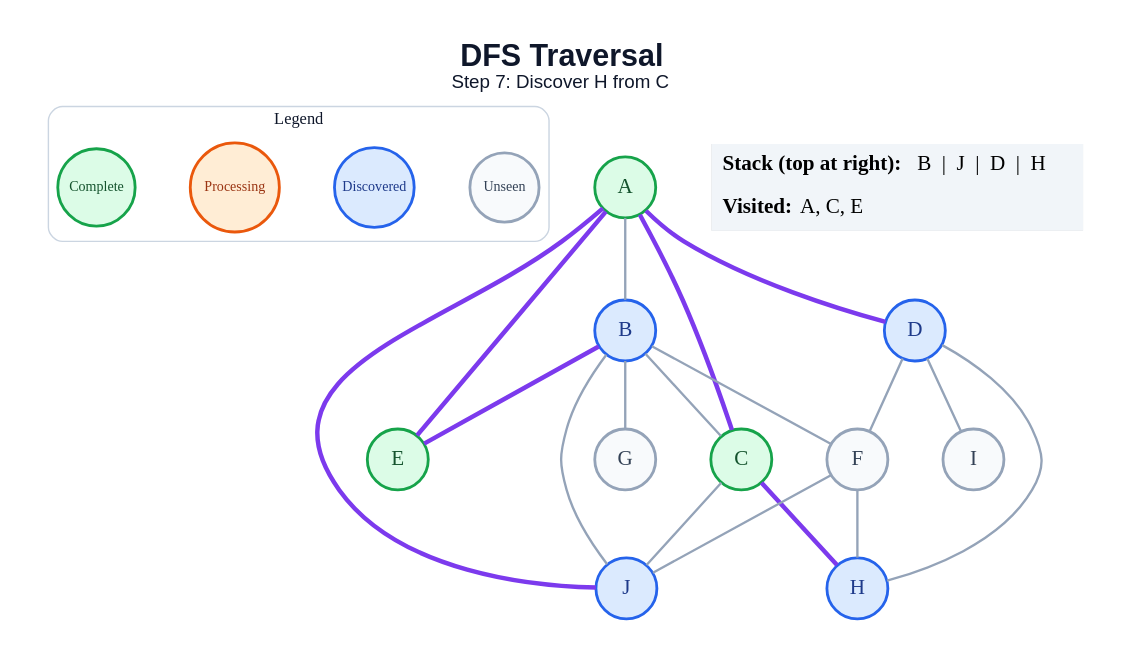
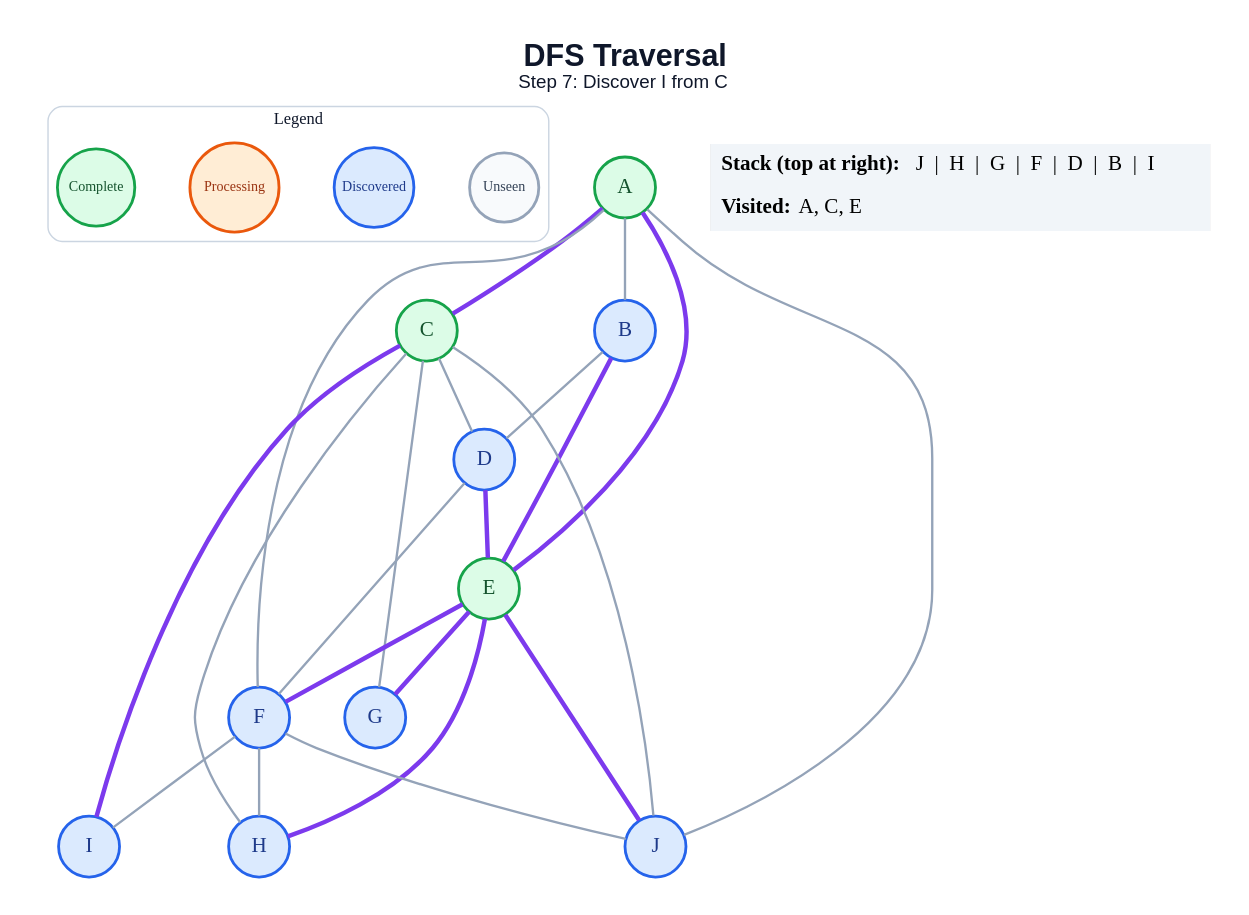
Before and after one commit to amanghodawala9/ai-slop: the diagram in generated/specific-node/dfs/step_07.dot, drawn with Graphviz. The commit also changed 178 other files, not shown here.

```diff
--- a/generated/specific-node/dfs/step_07.dot
+++ b/generated/specific-node/dfs/step_07.dot
@@ -1,46 +1,50 @@
 graph traversal {
   graph [layout=dot, rankdir=TB, bgcolor="#FFFFFF", pad="0.35", nodesep="0.65", ranksep="0.8", fontname="Arial"];
   node [shape=circle, style="filled", fontname="Arial Bold", fontsize=18, width=0.72, fixedsize=true, penwidth=2.4];
   edge [color="#94A3B8", penwidth=2.0];
-  label=<<B>DFS Traversal</B><BR/><FONT POINT-SIZE="16">Step 7: Discover H from C</FONT>>; labelloc="t"; fontsize=26; fontname="Arial"; fontcolor="#0F172A";
+  label=<<B>DFS Traversal</B><BR/><FONT POINT-SIZE="16">Step 7: Discover I from C</FONT>>; labelloc="t"; fontsize=26; fontname="Arial"; fontcolor="#0F172A";
   subgraph cluster_legend { label="Legend"; color="#CBD5E1"; penwidth=1.2; style="rounded"; fontsize=14; fontname="Arial Bold";
     key_unseen [label="Unseen", fillcolor="#F8FAFC", color="#94A3B8", fontcolor="#334155", fontsize=12, width=0.82];
     key_frontier [label="Discovered", fillcolor="#DBEAFE", color="#2563EB", fontcolor="#1E3A8A", fontsize=12, width=0.95];
     key_current [label="Processing", fillcolor="#FFEDD5", color="#EA580C", fontcolor="#9A3412", fontsize=12, width=1.05];
     key_done [label="Complete", fillcolor="#DCFCE7", color="#16A34A", fontcolor="#14532D", fontsize=12, width=0.92];
     { rank=same; key_unseen; key_frontier; key_current; key_done; }
   }
   A [fillcolor="#DCFCE7", color="#16A34A", fontcolor="#14532D"];
   B [fillcolor="#DBEAFE", color="#2563EB", fontcolor="#1E3A8A"];
   C [fillcolor="#DCFCE7", color="#16A34A", fontcolor="#14532D"];
   D [fillcolor="#DBEAFE", color="#2563EB", fontcolor="#1E3A8A"];
   E [fillcolor="#DCFCE7", color="#16A34A", fontcolor="#14532D"];
-  F [fillcolor="#F8FAFC", color="#94A3B8", fontcolor="#334155"];
-  G [fillcolor="#F8FAFC", color="#94A3B8", fontcolor="#334155"];
+  F [fillcolor="#DBEAFE", color="#2563EB", fontcolor="#1E3A8A"];
+  G [fillcolor="#DBEAFE", color="#2563EB", fontcolor="#1E3A8A"];
   H [fillcolor="#DBEAFE", color="#2563EB", fontcolor="#1E3A8A"];
-  I [fillcolor="#F8FAFC", color="#94A3B8", fontcolor="#334155"];
+  I [fillcolor="#DBEAFE", color="#2563EB", fontcolor="#1E3A8A"];
   J [fillcolor="#DBEAFE", color="#2563EB", fontcolor="#1E3A8A"];
   A -- B;
   A -- C [color="#7C3AED", penwidth=3.8];
-  A -- D [color="#7C3AED", penwidth=3.8];
   A -- E [color="#7C3AED", penwidth=3.8];
-  A -- J [color="#7C3AED", penwidth=3.8];
-  B -- C;
+  A -- F;
+  A -- J;
+  B -- D;
   B -- E [color="#7C3AED", penwidth=3.8];
-  B -- F;
-  B -- G;
-  B -- J;
-  C -- H [color="#7C3AED", penwidth=3.8];
+  C -- D;
+  C -- G;
+  C -- H;
+  C -- I [color="#7C3AED", penwidth=3.8];
   C -- J;
+  D -- E [color="#7C3AED", penwidth=3.8];
   D -- F;
-  D -- H;
-  D -- I;
+  E -- F [color="#7C3AED", penwidth=3.8];
+  E -- G [color="#7C3AED", penwidth=3.8];
+  E -- H [color="#7C3AED", penwidth=3.8];
+  E -- J [color="#7C3AED", penwidth=3.8];
   F -- H;
+  F -- I;
   F -- J;
   status [shape=plain, fixedsize=false, width=0, height=0, margin=0, label=<
     <TABLE BORDER="0" CELLBORDER="0" CELLPADDING="7" BGCOLOR="#F1F5F9">
-      <TR><TD ALIGN="LEFT"><B>Stack (top at right):</B> B  |  J  |  D  |  H</TD></TR>
+      <TR><TD ALIGN="LEFT"><B>Stack (top at right):</B> J  |  H  |  G  |  F  |  D  |  B  |  I</TD></TR>
       <TR><TD ALIGN="LEFT"><B>Visited:</B> A, C, E</TD></TR>
     </TABLE>
   >];
 }
```
